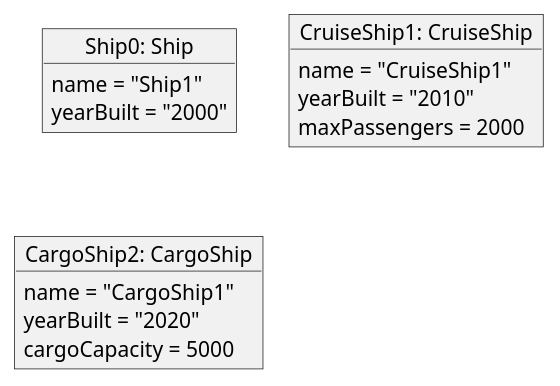
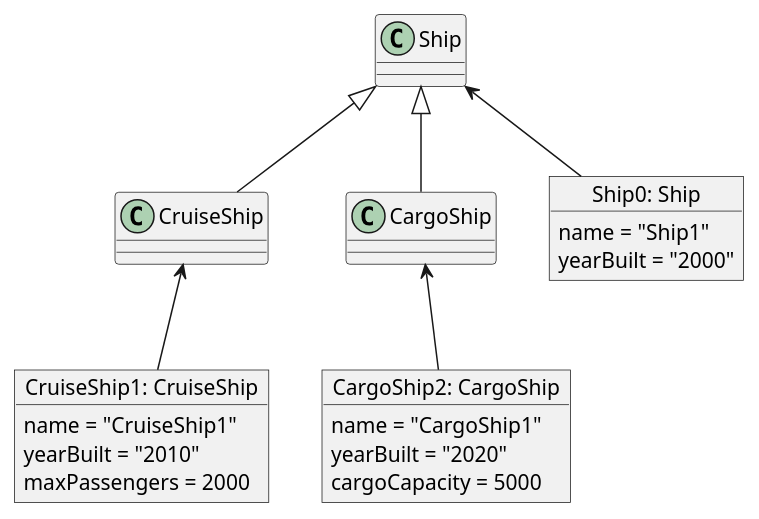
One commit to MahakPatel/CS5800-Advanced_Software_Engineering changed the diagram in src/com/hm3/objectDiagram/object_polymorphism.puml. Above: the diagram before and after it, drawn with PlantUML.

Commit message:
modify object diagram for polymorphism

```diff
--- a/src/com/hm3/objectDiagram/object_polymorphism.puml
+++ b/src/com/hm3/objectDiagram/object_polymorphism.puml
@@ -1,20 +1,29 @@
 @startuml
+
+class Ship
+class CruiseShip
+class CargoShip
 
 object "Ship0: Ship" as ship0 {
     name = "Ship1"
     yearBuilt = "2000"
 }
 
 object "CruiseShip1: CruiseShip" as cruiseShip1 {
     name = "CruiseShip1"
     yearBuilt = "2010"
     maxPassengers = 2000
 }
 
 object "CargoShip2: CargoShip" as cargoShip2 {
     name = "CargoShip1"
     yearBuilt = "2020"
     cargoCapacity = 5000
 }
+Ship <|-- CargoShip
+Ship <|-- CruiseShip
+Ship <-- ship0
+CargoShip <-- cargoShip2
+CruiseShip <-- cruiseShip1
 
 @enduml
```
